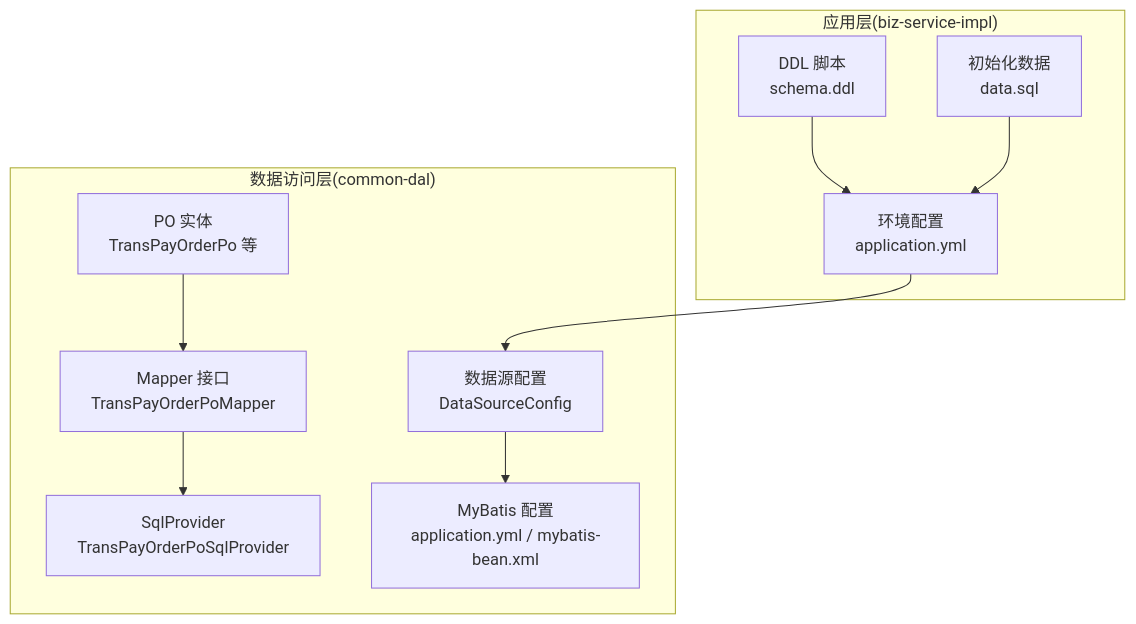
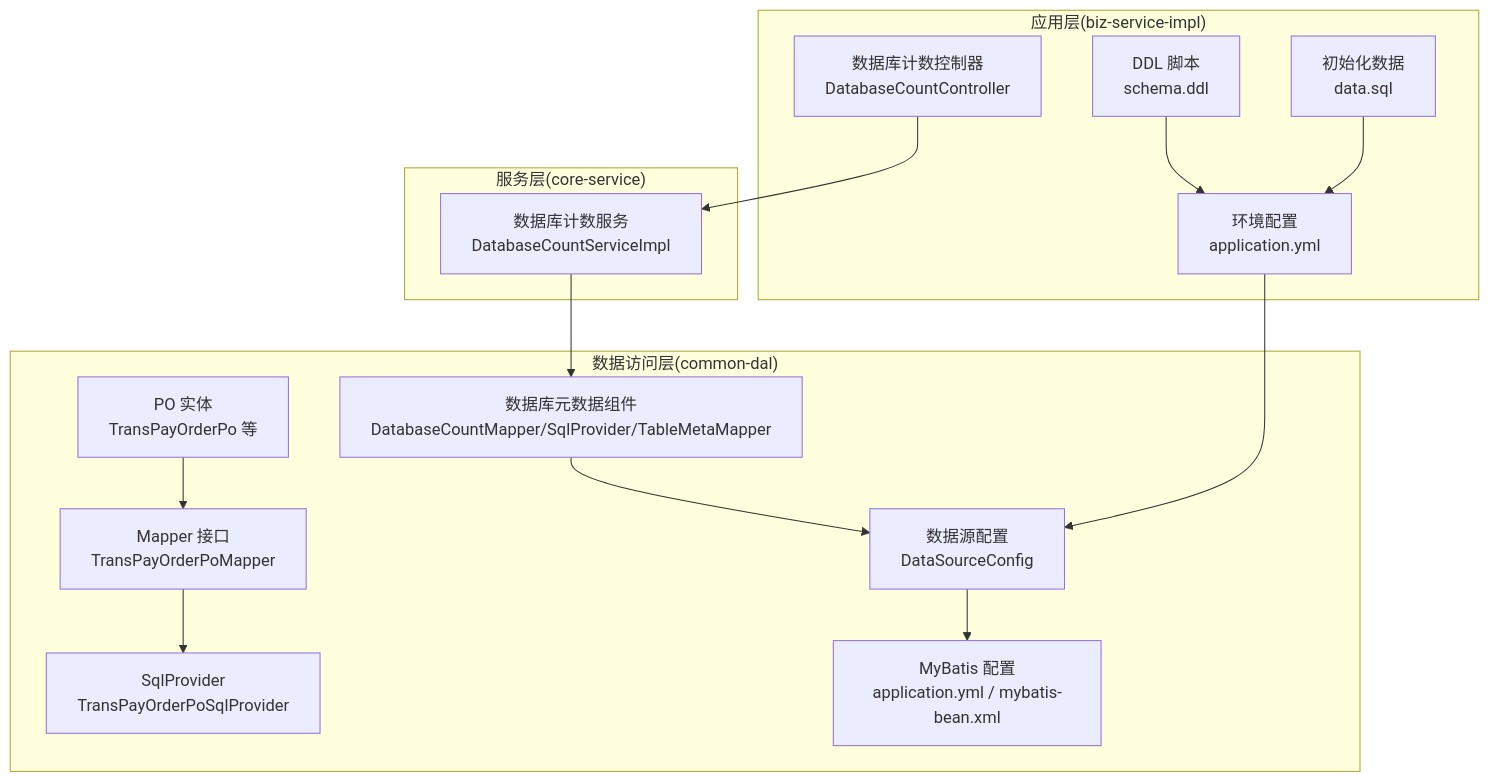
Before and after one commit to magicliang/domain-driven-transaction-sys: the first of 8 diagrams in .qoder/repowiki/zh/content/数据访问层/数据访问层.md, drawn with Mermaid. The commit also changed other lines of this file and 37 other files, not shown here.

````diff
--- a/.qoder/repowiki/zh/content/数据访问层/数据访问层.md
+++ b/.qoder/repowiki/zh/content/数据访问层/数据访问层.md
@@ -47,21 +68,29 @@
 ```mermaid
 graph TB
 subgraph "数据访问层(common-dal)"
 POs["PO 实体<br/>TransPayOrderPo 等"]
 Mappers["Mapper 接口<br/>TransPayOrderPoMapper"]
 Providers["SqlProvider<br/>TransPayOrderPoSqlProvider"]
+DM["数据库元数据组件<br/>DatabaseCountMapper/SqlProvider/TableMetaMapper"]
 DS["数据源配置<br/>DataSourceConfig"]
 MB["MyBatis 配置<br/>application.yml / mybatis-bean.xml"]
 end
 subgraph "应用层(biz-service-impl)"
 YML["环境配置<br/>application.yml"]
 DDL["DDL 脚本<br/>schema.ddl"]
 DATA["初始化数据<br/>data.sql"]
+DC["数据库计数控制器<br/>DatabaseCountController"]
+end
+subgraph "服务层(core-service)"
+SVC["数据库计数服务<br/>DatabaseCountServiceImpl"]
 end
 POs --> Mappers
 Mappers --> Providers
+DM --> DS
+SVC --> DM
+DC --> SVC
 DS --> MB
 YML --> DS
 DDL --> YML
 DATA --> YML
 ```
````
